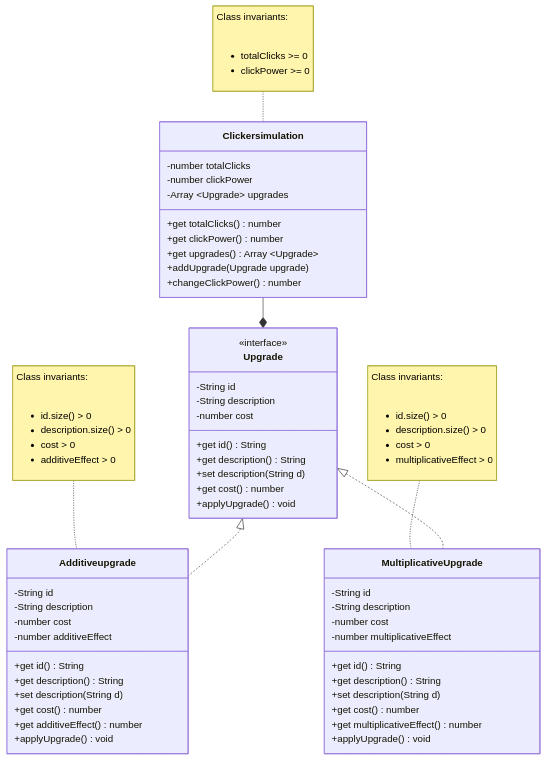
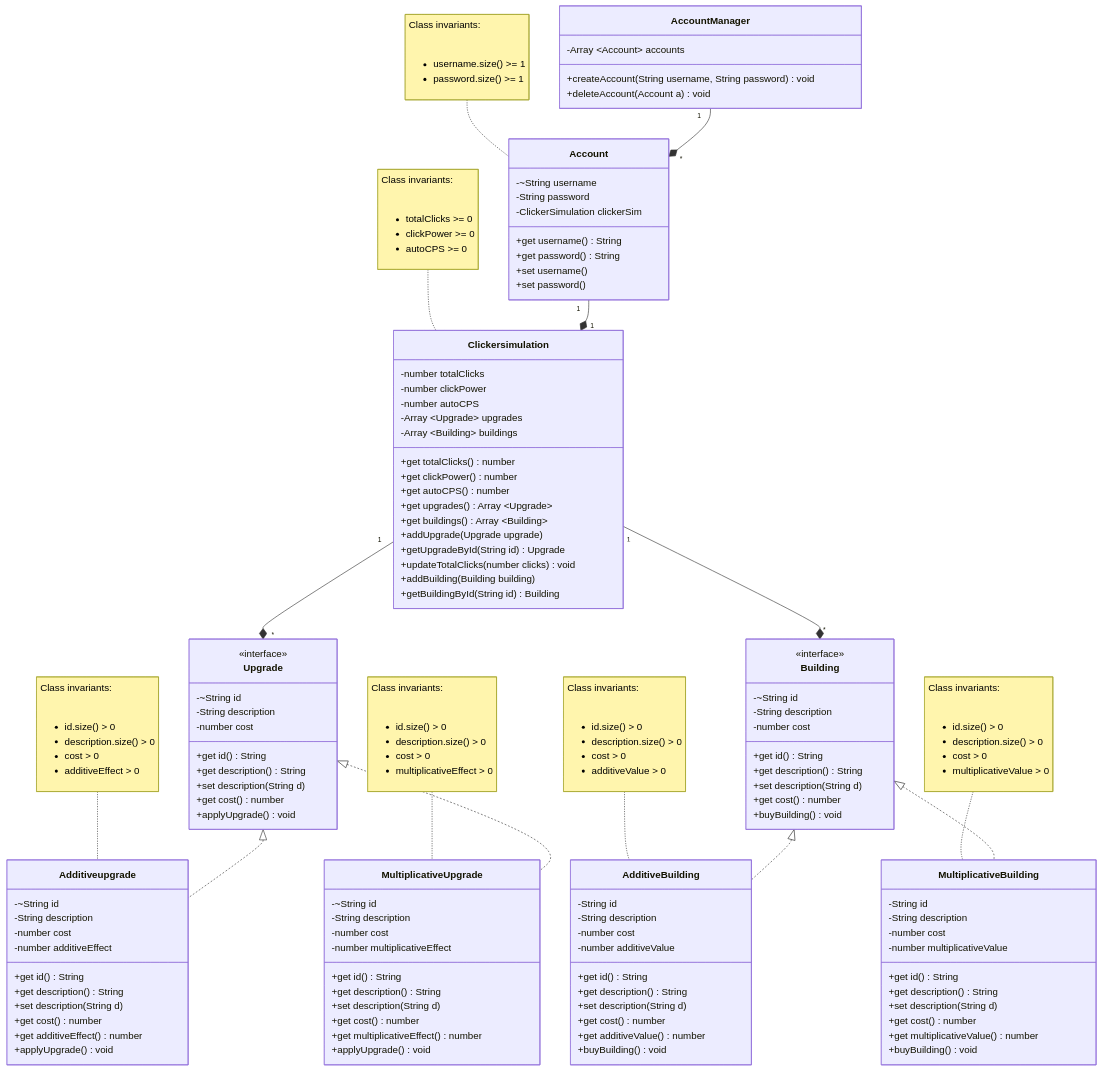
Before and after one commit to tsuki0272/Clicker_Project: the diagram in domain.md, drawn with Mermaid. The commit also changed other lines of this file and 3 other files, not shown here.

First line of the commit message:
Add account/building domain, flows, and DB schema

````diff
--- a/domain.md
+++ b/domain.md
@@ -9,22 +35,46 @@
 ```mermaid
 classDiagram
+    
+    class AccountManager {
+        -Array ~Account~ accounts
+        
+        +createAccount(String username, String password) void
+        +deleteAccount(Account a) void
+    }
+
+    class Account {
+        -~String username
+        -String password
+        -ClickerSimulation clickerSim
+        
+        +get username() String
+        +get password() String
+        +set username() 
+        +set password()
+    }
+    
     class Clickersimulation {
         -number totalClicks
         -number clickPower
+        -number autoCPS
         -Array ~Upgrade~ upgrades
+        -Array ~Building~ buildings
         
         +get totalClicks() number
         +get clickPower() number
+        +get autoCPS() number
         +get upgrades() Array ~Upgrade~
+        +get buildings() Array ~Building~
         +addUpgrade(Upgrade upgrade)
-        +changeClickPower() number
+        +getUpgradeById(String id) Upgrade
+        +updateTotalClicks(number clicks) void
+        +addBuilding(Building building)
+        +getBuildingById(String id) Building
     }
-
-    Clickersimulation --* Upgrade
     
     class Upgrade {
         <<interface>>
-        -String id
+        -~String id
         -String description
         -number cost
         
@@ -36,11 +86,8 @@
         +applyUpgrade() void
     }
     
-    Upgrade <|.. Additiveupgrade
-    Upgrade <|.. MultiplicativeUpgrade
-    
     class Additiveupgrade {
-        -String id
+        -~String id
         -String description
         -number cost
         -number additiveEffect
@@ -55,7 +102,7 @@
     }
 
     class MultiplicativeUpgrade {
-        -String id
+        -~String id
         -String description
         -number cost
         -number multiplicativeEffect
@@ -69,10 +116,63 @@
         +applyUpgrade() void
     }
 
+    class Building {
+        <<interface>>
+        -~String id
+        -String description
+        -number cost
+
+        +get id() String
+        +get description() String
+        +set description(String d)
+        +get cost() number
+
+        +buyBuilding() void
+    }
+    
+    class AdditiveBuilding {
+        -String id
+        -String description
+        -number cost
+        -number additiveValue
+
+        +get id() String
+        +get description() String
+        +set description(String d)
+        +get cost() number
+        +get additiveValue() number
+
+        +buyBuilding() void
+    }
+
+    class MultiplicativeBuilding {
+        -String id
+        -String description
+        -number cost
+        -number multiplicativeValue
+
+        +get id() String
+        +get description() String
+        +set description(String d)
+        +get cost() number
+        +get multiplicativeValue() number
+
+        +buyBuilding() void
+    }
+
+    note for Account "Class invariants:  
+    <ul>
+        <li> username.size() >= 1
+        <li> password.size() >= 1
+    </ul>
+    
+    "
+    
     note for Clickersimulation "Class invariants:  
     <ul>
         <li> totalClicks >= 0
         <li> clickPower >= 0
+        <li> autoCPS >= 0
     </ul>"
         
     note for Additiveupgrade "Class invariants: 
@@ -90,4 +190,31 @@
         <li> cost > 0
         <li> multiplicativeEffect > 0
     </ul>"
+
+    note for AdditiveBuilding "Class invariants: 
+    <ul>
+        <li> id.size() > 0
+        <li> description.size() > 0
+        <li> cost > 0
+        <li> additiveValue > 0
+    </ul>"
+
+    note for MultiplicativeBuilding "Class invariants: 
+    <ul>
+        <li> id.size() > 0
+        <li> description.size() > 0
+        <li> cost > 0
+        <li> multiplicativeValue > 0
+    </ul>"
+    
+    AccountManager "1" --* "*" Account
+    Account "1" --* "1" Clickersimulation
+    Clickersimulation "1" --* "*" Upgrade
+    Clickersimulation "1" --* "*" Building
+
+    Upgrade <|.. Additiveupgrade
+    Upgrade <|.. MultiplicativeUpgrade
+    
+    Building <|.. AdditiveBuilding
+    Building <|.. MultiplicativeBuilding
 ```
````
